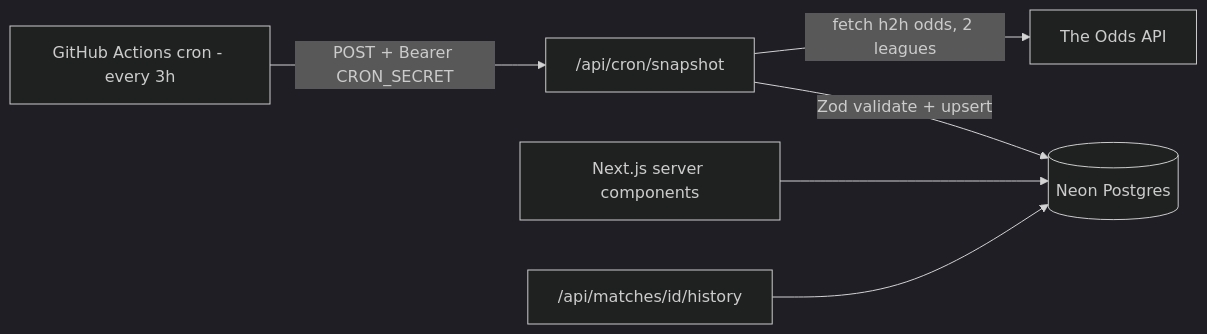
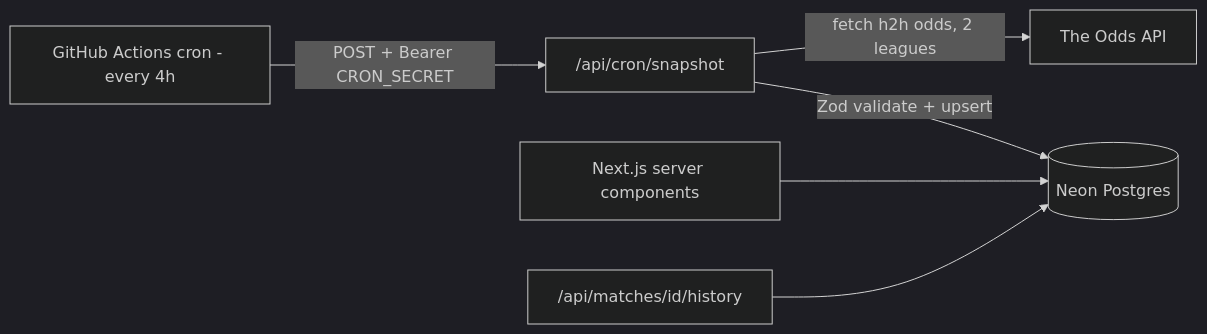
One commit to souliN02/oddslens changed the diagram in README.md. Above: the diagram before and after it, drawn with Mermaid (dark theme). The commit also changed other lines of this file and 9 other files, not shown here.

First line of the commit message:
feat: ingest FIFA World Cup, snapshot every 4h

````diff
--- a/README.md
+++ b/README.md
@@ -36,8 +37,8 @@
 ```mermaid
 flowchart LR
-  GHA[GitHub Actions cron - every 3h] -->|POST + Bearer CRON_SECRET| SNAP["/api/cron/snapshot"]
+  GHA[GitHub Actions cron - every 4h] -->|POST + Bearer CRON_SECRET| SNAP["/api/cron/snapshot"]
   SNAP -->|fetch h2h odds, 2 leagues| ODDS[The Odds API]
   SNAP -->|Zod validate + upsert| DB[(Neon Postgres)]
   WEB[Next.js server components] --> DB
   CHART["/api/matches/id/history"] --> DB
 ```
````
